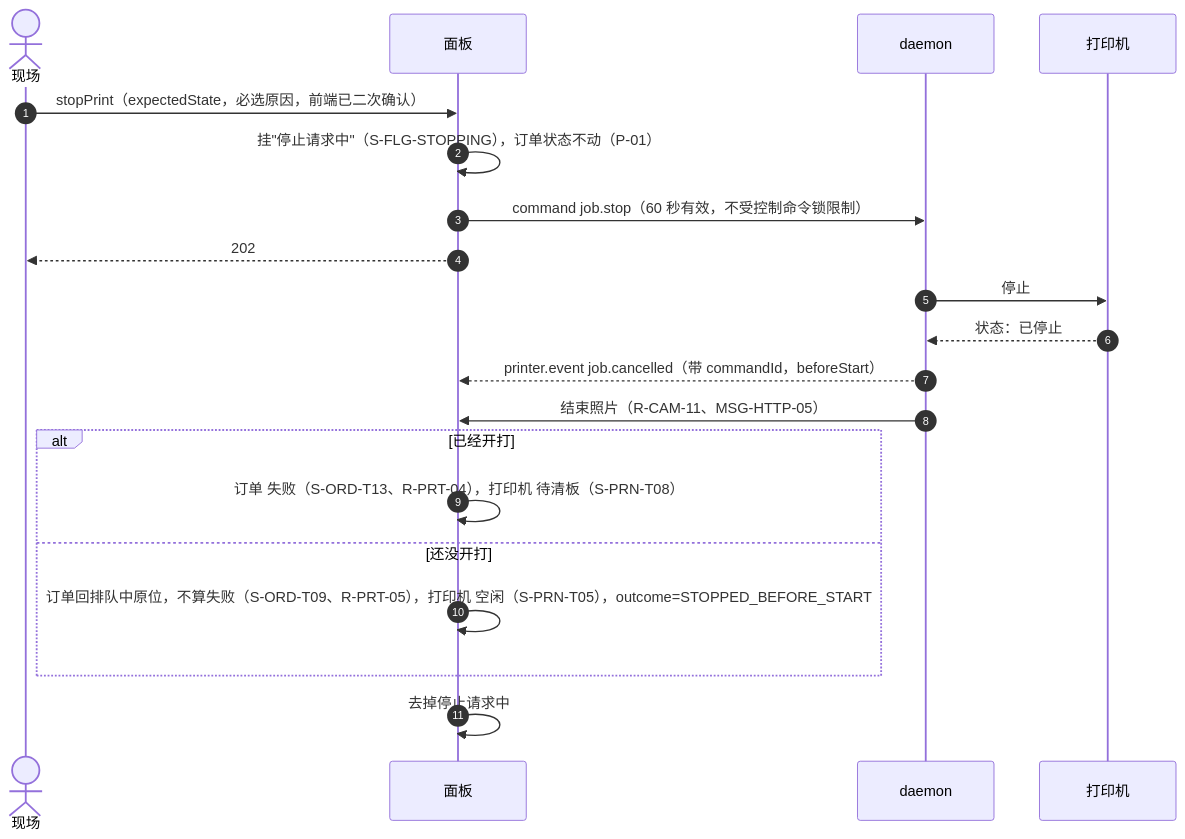
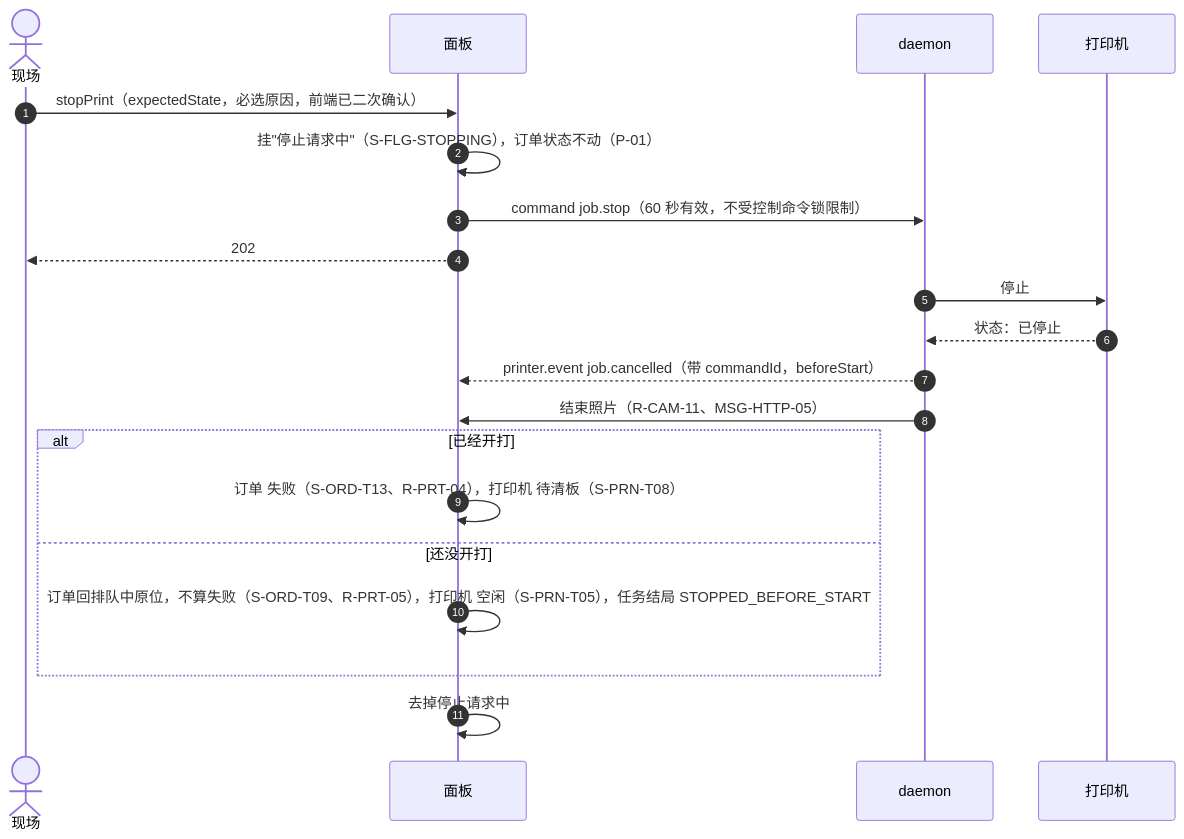
Before and after one commit to PlateRelay/PlateRelay: the fourth of 11 diagrams in docs/design/03-sequences.md, drawn with Mermaid. The commit also changed other lines of this file, not shown here.

First line of the commit message:
docs(design): touch up print job steps in sequences

````diff
--- a/docs/design/03-sequences.md
+++ b/docs/design/03-sequences.md
@@ -160,22 +161,22 @@
 ```mermaid
 sequenceDiagram
   autonumber
   actor S as 现场
   participant P as 面板
   participant D as daemon
   participant R as 打印机
   S->>P: stopPrint（expectedState，必选原因，前端已二次确认）
   P->>P: 挂"停止请求中"（S-FLG-STOPPING），订单状态不动（P-01）
   P->>D: command job.stop（60 秒有效，不受控制命令锁限制）
   P-->>S: 202
   D->>R: 停止
   R-->>D: 状态：已停止
   D-->>P: printer.event job.cancelled（带 commandId，beforeStart）
   D->>P: 结束照片（R-CAM-11、MSG-HTTP-05）
   alt 已经开打
     P->>P: 订单 失败（S-ORD-T13、R-PRT-04），打印机 待清板（S-PRN-T08）
   else 还没开打
-    P->>P: 订单回排队中原位，不算失败（S-ORD-T09、R-PRT-05），打印机 空闲（S-PRN-T05），outcome=STOPPED_BEFORE_START
+    P->>P: 订单回排队中原位，不算失败（S-ORD-T09、R-PRT-05），打印机 空闲（S-PRN-T05），任务结局 STOPPED_BEFORE_START
   end
   P->>P: 去掉停止请求中
 ```
````
